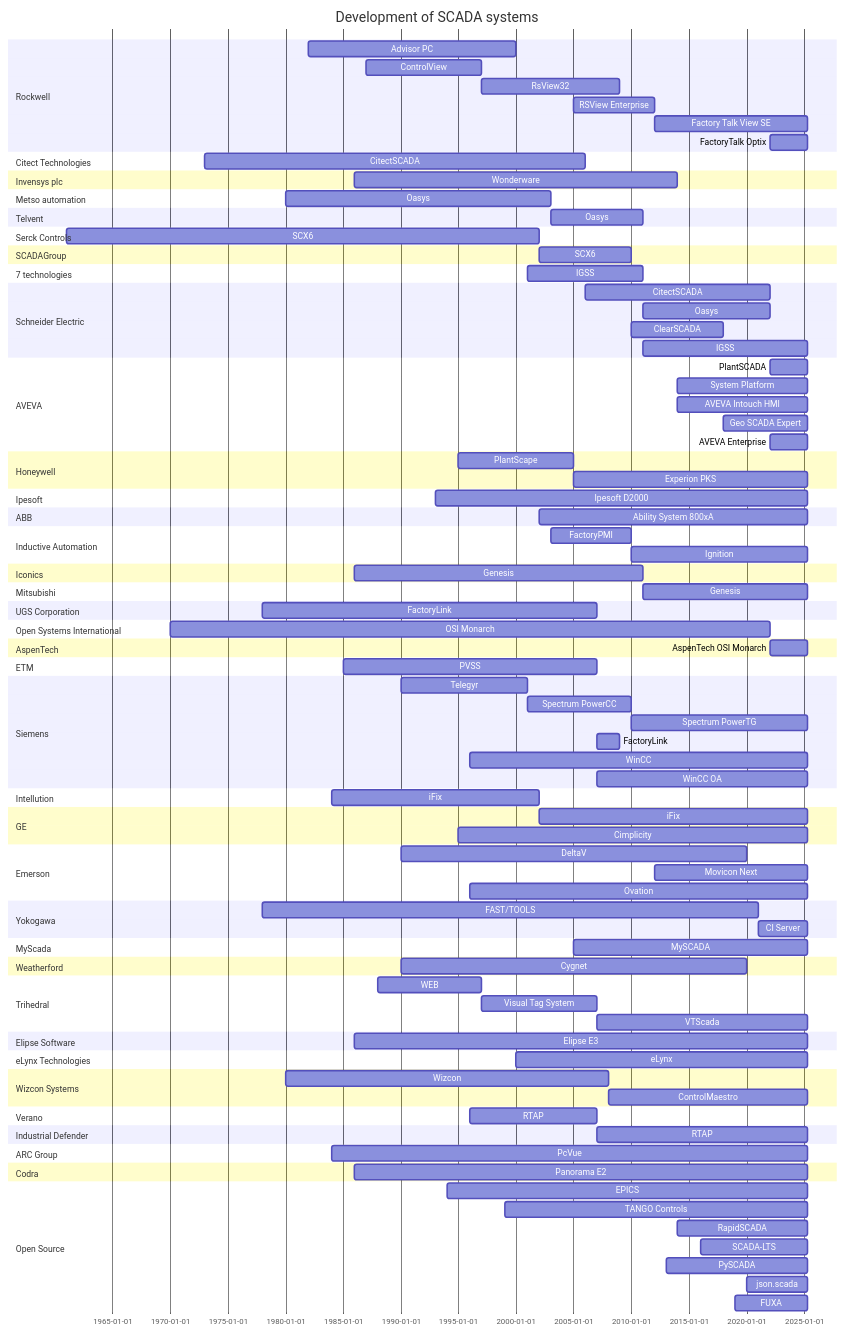
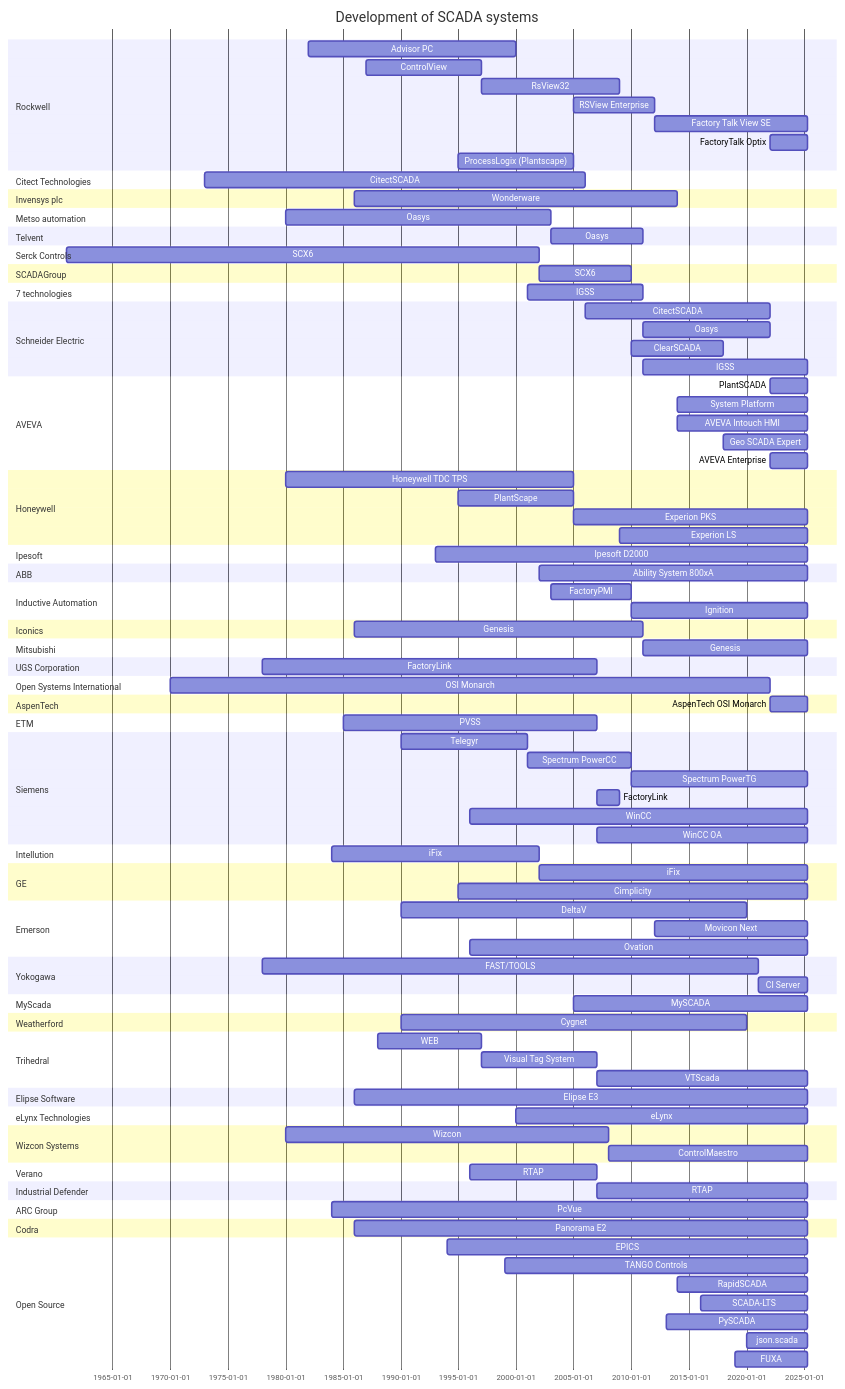
The diagram in README.md (hutcheb/scada-timeline), drawn with Mermaid before and after one commit.

Commit message:
feat: Processlogix and Experion LS

```diff
--- a/README.md
+++ b/README.md
@@ -14,6 +14,7 @@
         RSView Enterprise : 2005, 2012
         Factory Talk View SE :2012, until 2025
         FactoryTalk Optix    : 2022, until 2025
+        ProcessLogix (Plantscape) : processlogix, 1995, 2005
     section Citect Technologies
         %%(https://en.wikipedia.org/wiki/Citect)
         CitectSCADA :c1, 1973, 2006
@@ -52,8 +53,11 @@
         AVEVA Enterprise : after oasys_se, until 2025
     section Honeywell
         %%(Estimates)
+        Honeywell TDC TPS : tps, 1980, 2005
         PlantScape :plantscape, 1995, 2005
         Experion PKS: after plantscape, until 2025
+        %%(https://www.automationworld.com/products/software/article/13299917/product-honeywell-launches-experion-ls)
+        Experion LS: 2009, until 2025
     section Ipesoft
         %%(https://www.reddit.com/r/SCADA/comments/1jwldin/development_of_scada_systems/)
         %%(Modula2 5 years, Ada)
@@ -136,11 +140,13 @@
         ControlMaestro : 2008, until 2025
     section Verano
         RTAP : rtap, 1996, 2007
-    section Industrial Defender
+    section Industrial Defender 
         RTAP : after rtap, until 2025
     section ARC Group
+        %%(https://www.pcvue.com/about-us/arc-group/)
         PcVue : pcvue, 1984, until 2025
     section Codra
+        %%(https://www.linkedin.com/showcase/codra-panorama-platform/about/)
         Panorama E2 : panorama, 1986, until 2025   
     section Open Source
         %%(https://en.wikipedia.org/wiki/EPICS)
```
